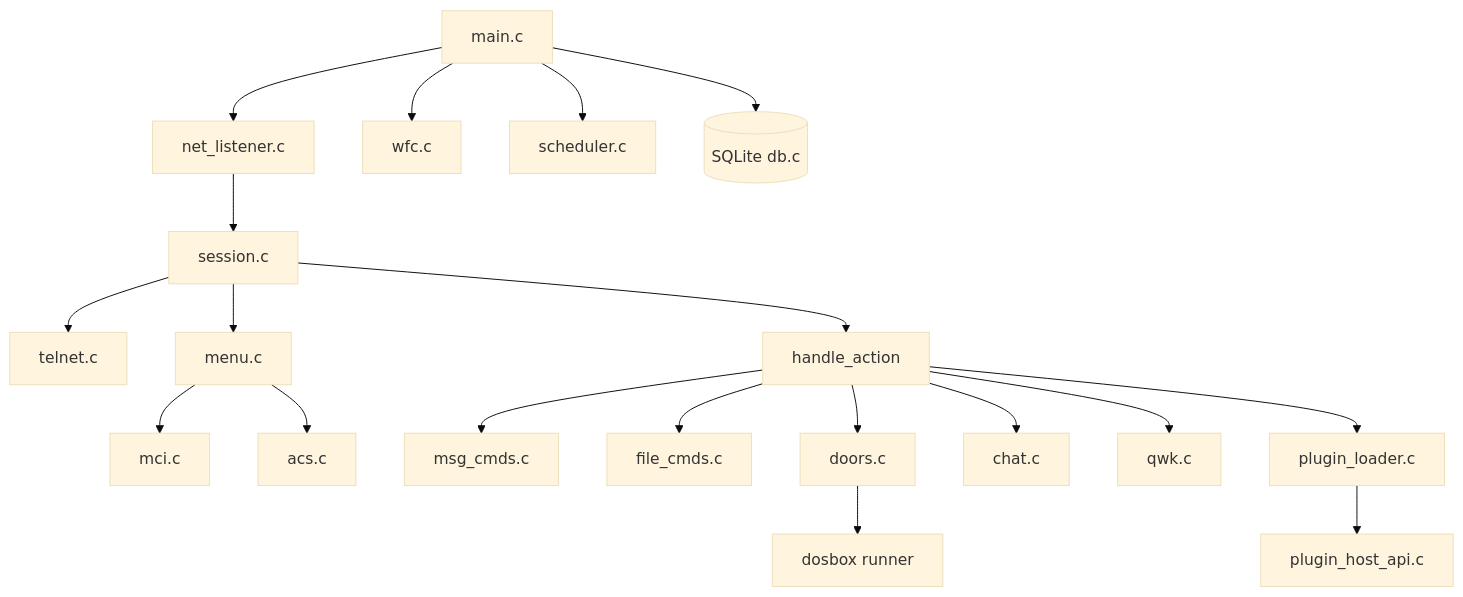
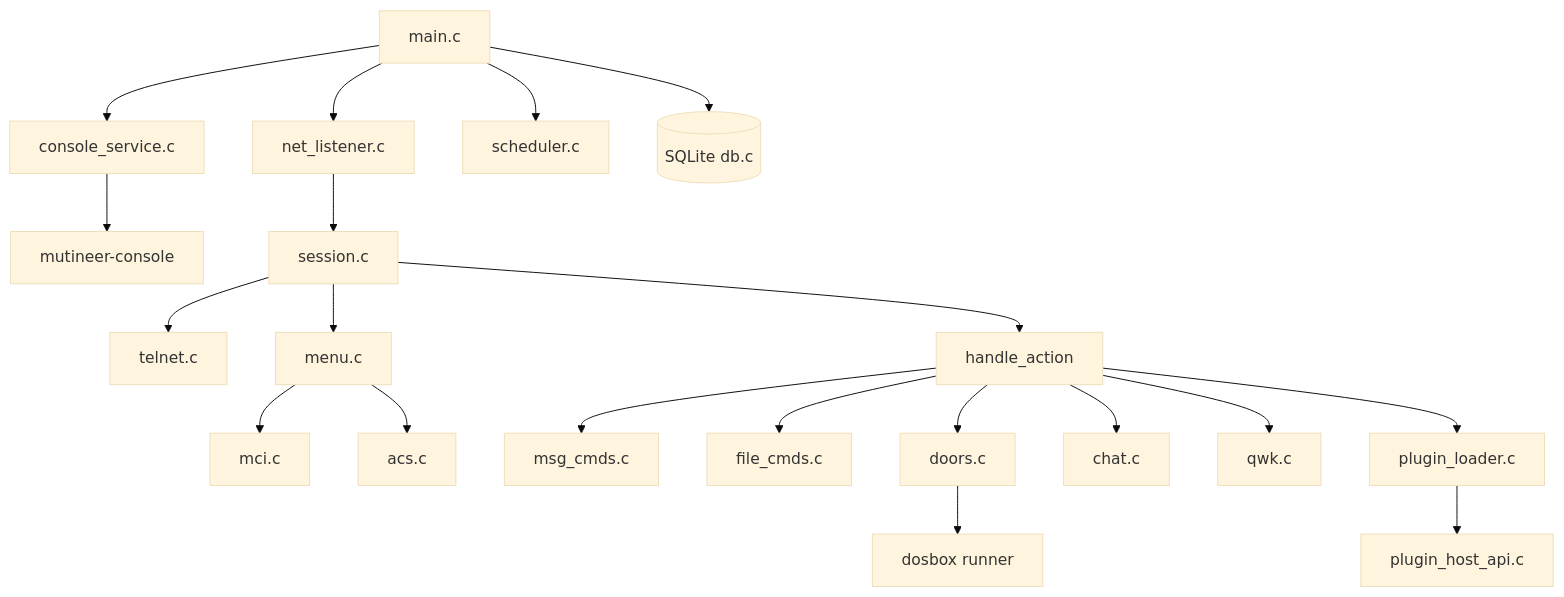
The diagram in docs/architecture.md (rickcollette/mutineer), drawn with Mermaid (base theme) before and after one commit. The commit also changed other lines of this file and 156 other files, not shown here.

````diff
--- a/docs/architecture.md
+++ b/docs/architecture.md
@@ -98,21 +98,22 @@
 ```mermaid
 graph TD
     Main[main.c] --> Net[net_listener.c]
-    Main --> WFC[wfc.c]
+    Main --> Console[console_service.c]
     Main --> Sched[scheduler.c]
     Main --> DB[(SQLite db.c)]
+    Console --> ConsoleClient[mutineer-console]
     Net --> Session[session.c]
     Session --> Telnet[telnet.c]
     Session --> Menu[menu.c]
     Session --> Actions[handle_action]
     Menu --> MCI[mci.c]
     Menu --> ACS[acs.c]
     Actions --> Msg[msg_cmds.c]
     Actions --> File[file_cmds.c]
     Actions --> Doors[doors.c]
     Actions --> Chat[chat.c]
     Actions --> QWK[qwk.c]
     Actions --> Plugin[plugin_loader.c]
     Doors --> DOSBox[dosbox runner]
     Plugin --> HostAPI[plugin_host_api.c]
 ```
````
